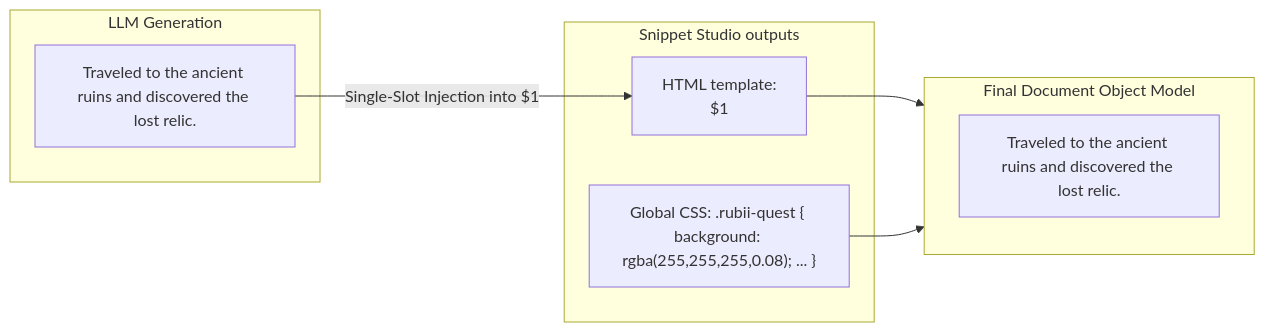
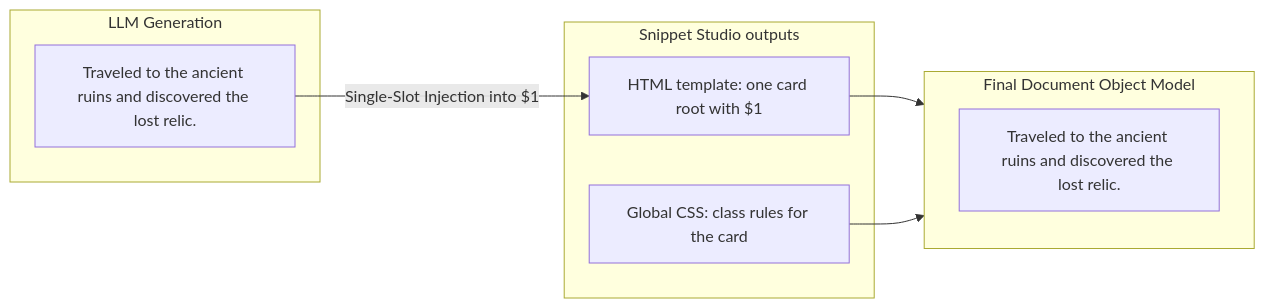
The second of 6 diagrams in RUBII_SYSTEM_ARCHITECTURE_AND_ENGINEERING_SPECIFICATION.md (jadesolju/Snippet-Studio), drawn with Mermaid before and after one commit. The commit also changed other lines of this file and 4 other files, not shown here.

````diff
--- a/RUBII_SYSTEM_ARCHITECTURE_AND_ENGINEERING_SPECIFICATION.md
+++ b/RUBII_SYSTEM_ARCHITECTURE_AND_ENGINEERING_SPECIFICATION.md
@@ -84,19 +83,19 @@
 ```mermaid
 flowchart LR
     subgraph AIResponse["LLM Generation"]
         R["<quest-log>Traveled to the ancient ruins and discovered the lost relic.</quest-log>"]
     end
 
     subgraph StyleTagTemplate["Snippet Studio outputs"]
-        T["HTML template: <div class='rubii-quest'>$1</div>"]
-        CSS["Global CSS: .rubii-quest { background: rgba(255,255,255,0.08); ... }"]
+        T["HTML template: one card root with $1"]
+        CSS["Global CSS: class rules for the card"]
     end
 
     subgraph RenderedDOM["Final Document Object Model"]
         D["<div class='rubii-quest'>Traveled to the ancient ruins and discovered the lost relic.</div>"]
     end
 
     R -->|"Single-Slot Injection into $1"| T
     T --> RenderedDOM
     CSS --> RenderedDOM
 ```
````
